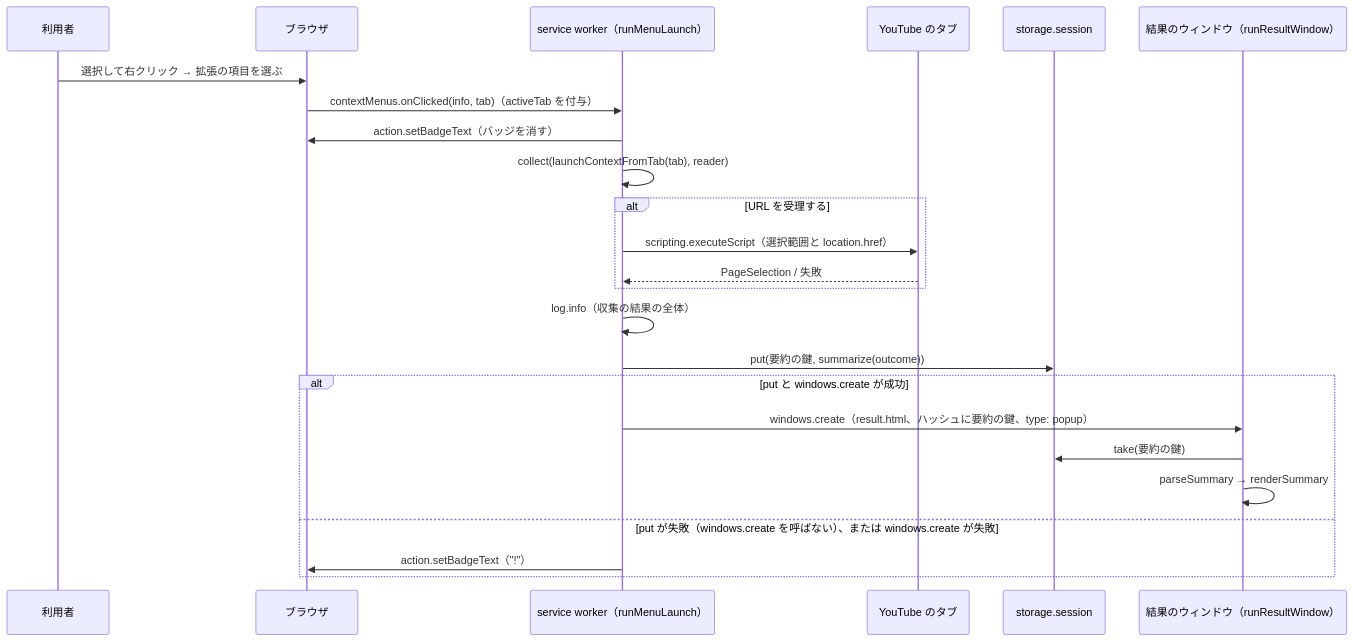
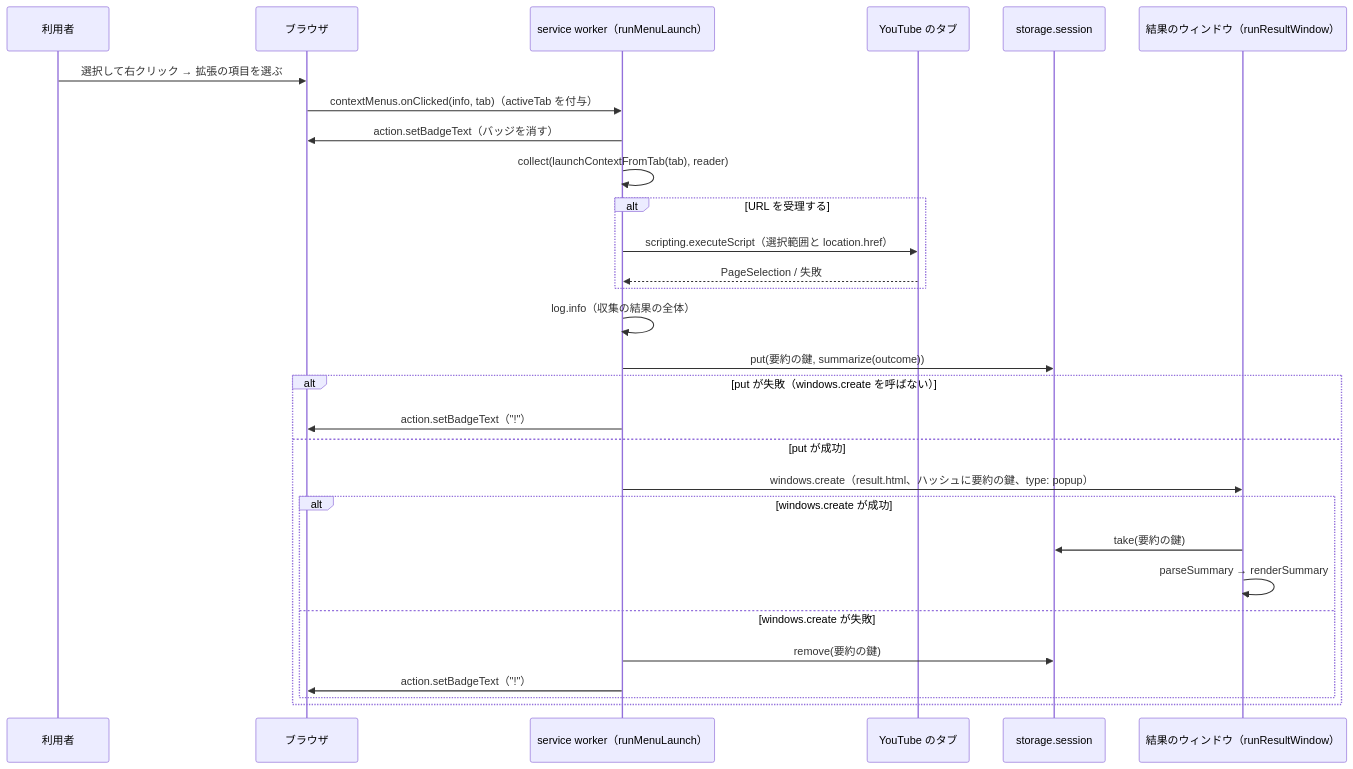
Before and after one commit to isseis/yt2column: the fifth of 9 diagrams in docs/tasks/0007_browser_extension_skeleton/02_architecture.md, drawn with Mermaid. The commit also changed other lines of this file, not shown here.

Commit message:
fix: address PR #113 review comments

````diff
--- a/docs/tasks/0007_browser_extension_skeleton/02_architecture.md
+++ b/docs/tasks/0007_browser_extension_skeleton/02_architecture.md
@@ -562,27 +564,32 @@
 ```mermaid
 sequenceDiagram
     participant U as 利用者
     participant B as ブラウザ
     participant SW as service worker（runMenuLaunch）
     participant P as YouTube のタブ
     participant SS as storage.session
     participant RW as 結果のウィンドウ（runResultWindow）
 
     U->>B: 選択して右クリック → 拡張の項目を選ぶ
     B->>SW: contextMenus.onClicked(info, tab)（activeTab を付与）
     SW->>B: action.setBadgeText（バッジを消す）
     SW->>SW: collect(launchContextFromTab(tab), reader)
     alt URL を受理する
         SW->>P: scripting.executeScript（選択範囲と location.href）
         P-->>SW: PageSelection / 失敗
     end
     SW->>SW: log.info（収集の結果の全体）
     SW->>SS: put(要約の鍵, summarize(outcome))
-    alt put と windows.create が成功
+    alt put が失敗（windows.create を呼ばない）
+        SW->>B: action.setBadgeText（"!"）
+    else put が成功
         SW->>RW: windows.create（result.html、ハッシュに要約の鍵、type: popup）
-        RW->>SS: take(要約の鍵)
-        RW->>RW: parseSummary → renderSummary
-    else put が失敗（windows.create を呼ばない）、または windows.create が失敗
-        SW->>B: action.setBadgeText（"!"）
+        alt windows.create が成功
+            RW->>SS: take(要約の鍵)
+            RW->>RW: parseSummary → renderSummary
+        else windows.create が失敗
+            SW->>SS: remove(要約の鍵)
+            SW->>B: action.setBadgeText（"!"）
+        end
     end
 ```
````
